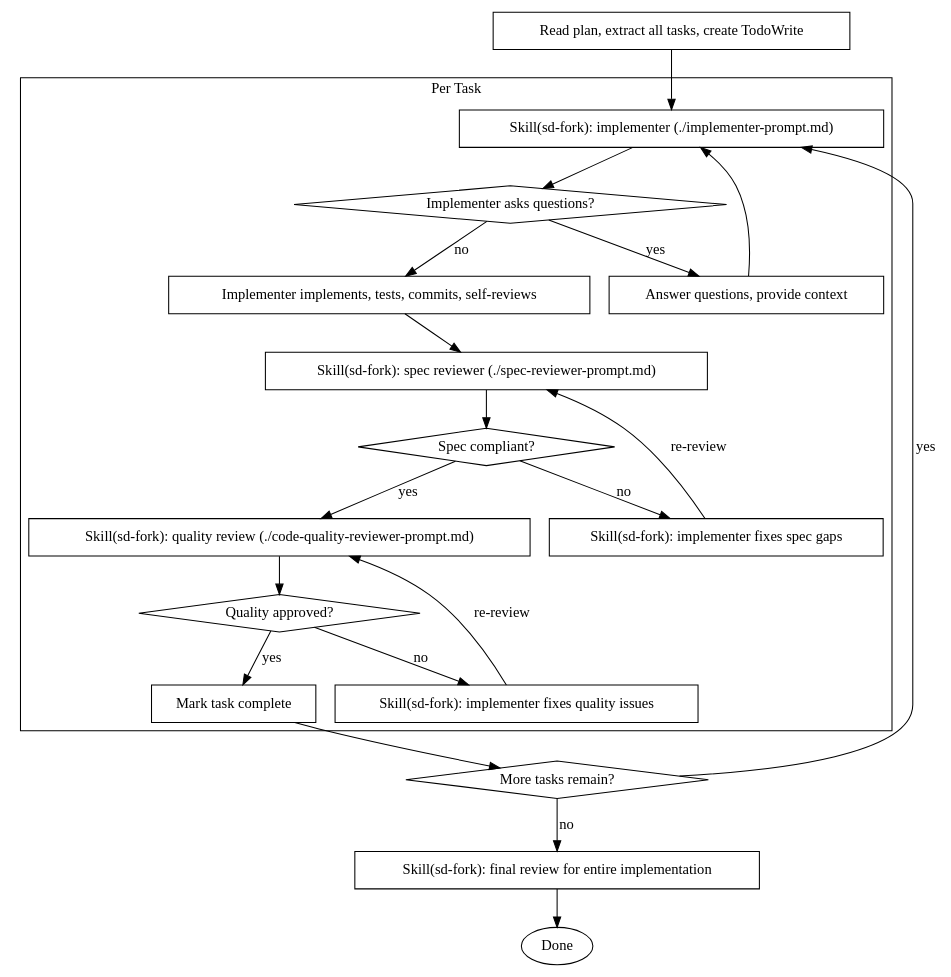
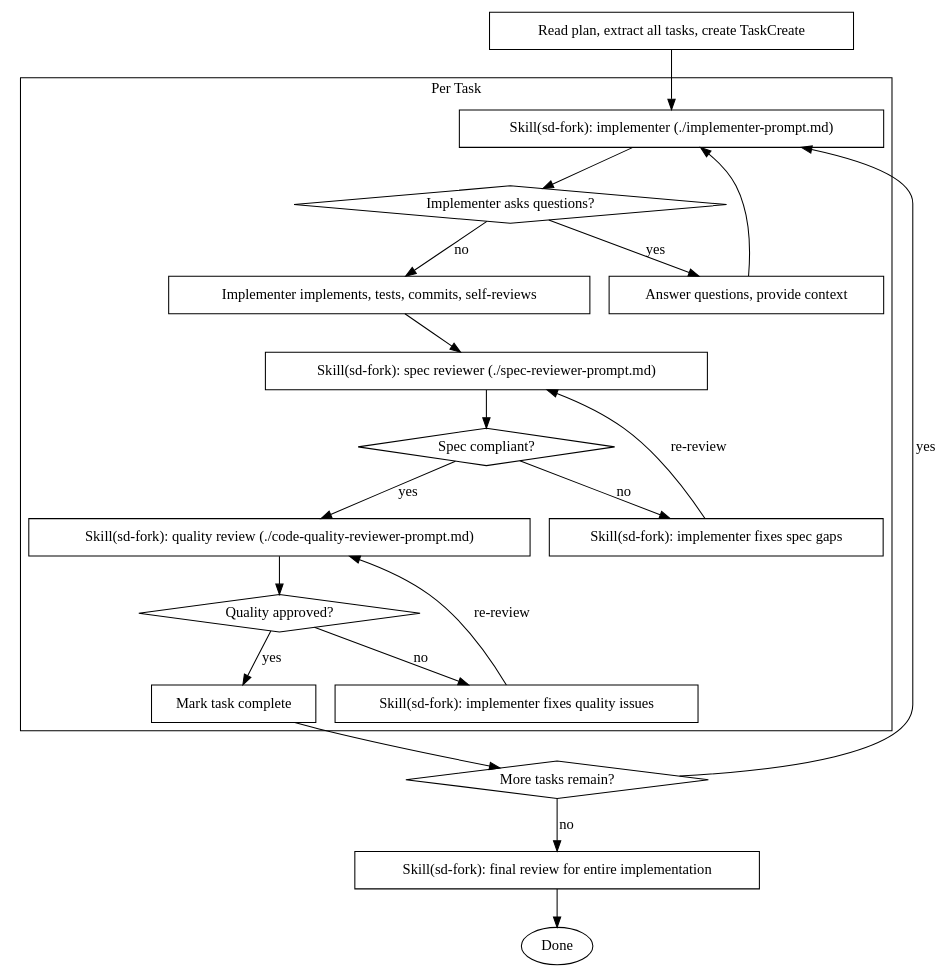
Before and after one commit to kslhunter/simplysm: the second of 2 diagrams in .claude/skills/sd-plan-dev/SKILL.md, drawn with Graphviz. The commit also changed other lines of this file and 8 other files, not shown here.

````diff
--- a/.claude/skills/sd-plan-dev/SKILL.md
+++ b/.claude/skills/sd-plan-dev/SKILL.md
@@ -38,44 +38,44 @@
 ```dot
 digraph process {
     rankdir=TB;
 
     subgraph cluster_per_task {
         label="Per Task";
         "Skill(sd-fork): implementer (./implementer-prompt.md)" [shape=box];
         "Implementer asks questions?" [shape=diamond];
         "Answer questions, provide context" [shape=box];
         "Implementer implements, tests, commits, self-reviews" [shape=box];
         "Skill(sd-fork): spec reviewer (./spec-reviewer-prompt.md)" [shape=box];
         "Spec compliant?" [shape=diamond];
         "Skill(sd-fork): implementer fixes spec gaps" [shape=box];
         "Skill(sd-fork): quality review (./code-quality-reviewer-prompt.md)" [shape=box];
         "Quality approved?" [shape=diamond];
         "Skill(sd-fork): implementer fixes quality issues" [shape=box];
         "Mark task complete" [shape=box];
     }
 
-    "Read plan, extract all tasks, create TodoWrite" [shape=box];
+    "Read plan, extract all tasks, create TaskCreate" [shape=box];
     "More tasks remain?" [shape=diamond];
     "Skill(sd-fork): final review for entire implementation" [shape=box];
     "Done" [shape=ellipse];
 
-    "Read plan, extract all tasks, create TodoWrite" -> "Skill(sd-fork): implementer (./implementer-prompt.md)";
+    "Read plan, extract all tasks, create TaskCreate" -> "Skill(sd-fork): implementer (./implementer-prompt.md)";
     "Skill(sd-fork): implementer (./implementer-prompt.md)" -> "Implementer asks questions?";
     "Implementer asks questions?" -> "Answer questions, provide context" [label="yes"];
     "Answer questions, provide context" -> "Skill(sd-fork): implementer (./implementer-prompt.md)";
     "Implementer asks questions?" -> "Implementer implements, tests, commits, self-reviews" [label="no"];
     "Implementer implements, tests, commits, self-reviews" -> "Skill(sd-fork): spec reviewer (./spec-reviewer-prompt.md)";
     "Skill(sd-fork): spec reviewer (./spec-reviewer-prompt.md)" -> "Spec compliant?";
     "Spec compliant?" -> "Skill(sd-fork): implementer fixes spec gaps" [label="no"];
     "Skill(sd-fork): implementer fixes spec gaps" -> "Skill(sd-fork): spec reviewer (./spec-reviewer-prompt.md)" [label="re-review"];
     "Spec compliant?" -> "Skill(sd-fork): quality review (./code-quality-reviewer-prompt.md)" [label="yes"];
     "Skill(sd-fork): quality review (./code-quality-reviewer-prompt.md)" -> "Quality approved?";
     "Quality approved?" -> "Skill(sd-fork): implementer fixes quality issues" [label="no"];
     "Skill(sd-fork): implementer fixes quality issues" -> "Skill(sd-fork): quality review (./code-quality-reviewer-prompt.md)" [label="re-review"];
     "Quality approved?" -> "Mark task complete" [label="yes"];
     "Mark task complete" -> "More tasks remain?";
     "More tasks remain?" -> "Skill(sd-fork): implementer (./implementer-prompt.md)" [label="yes"];
     "More tasks remain?" -> "Skill(sd-fork): final review for entire implementation" [label="no"];
     "Skill(sd-fork): final review for entire implementation" -> "Done";
 }
 ```
````
